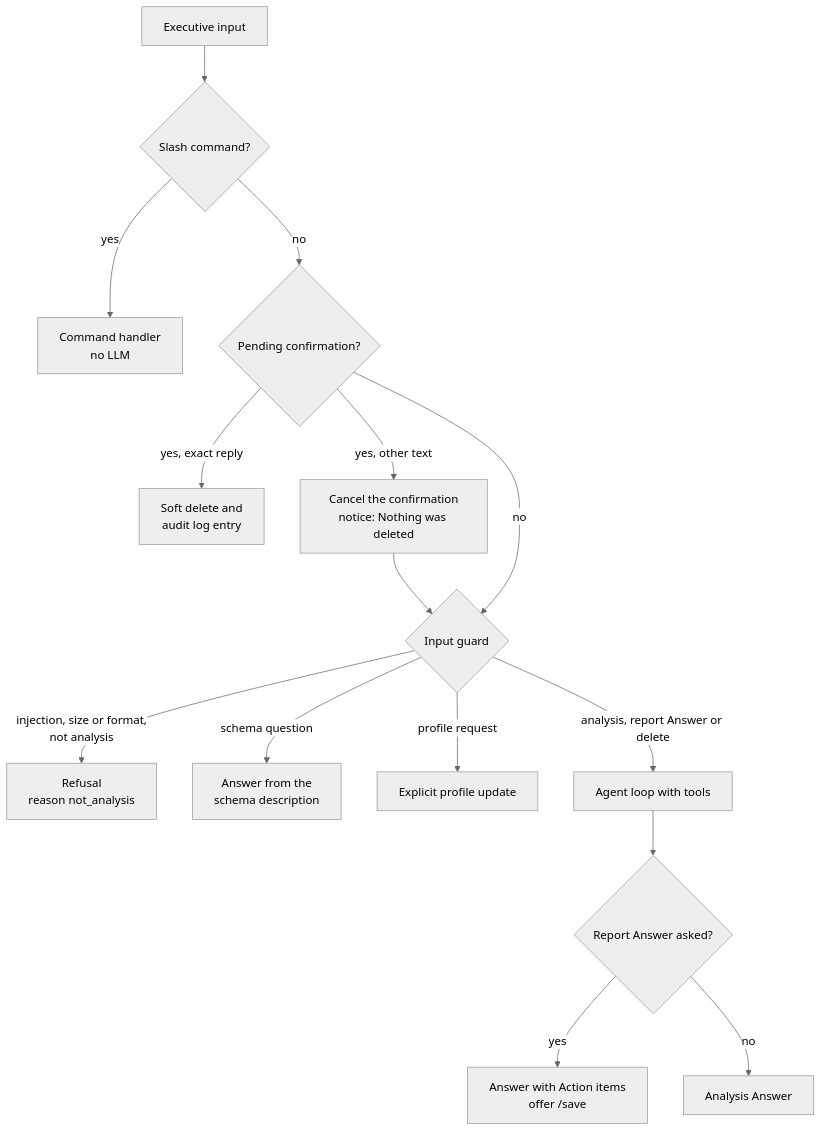
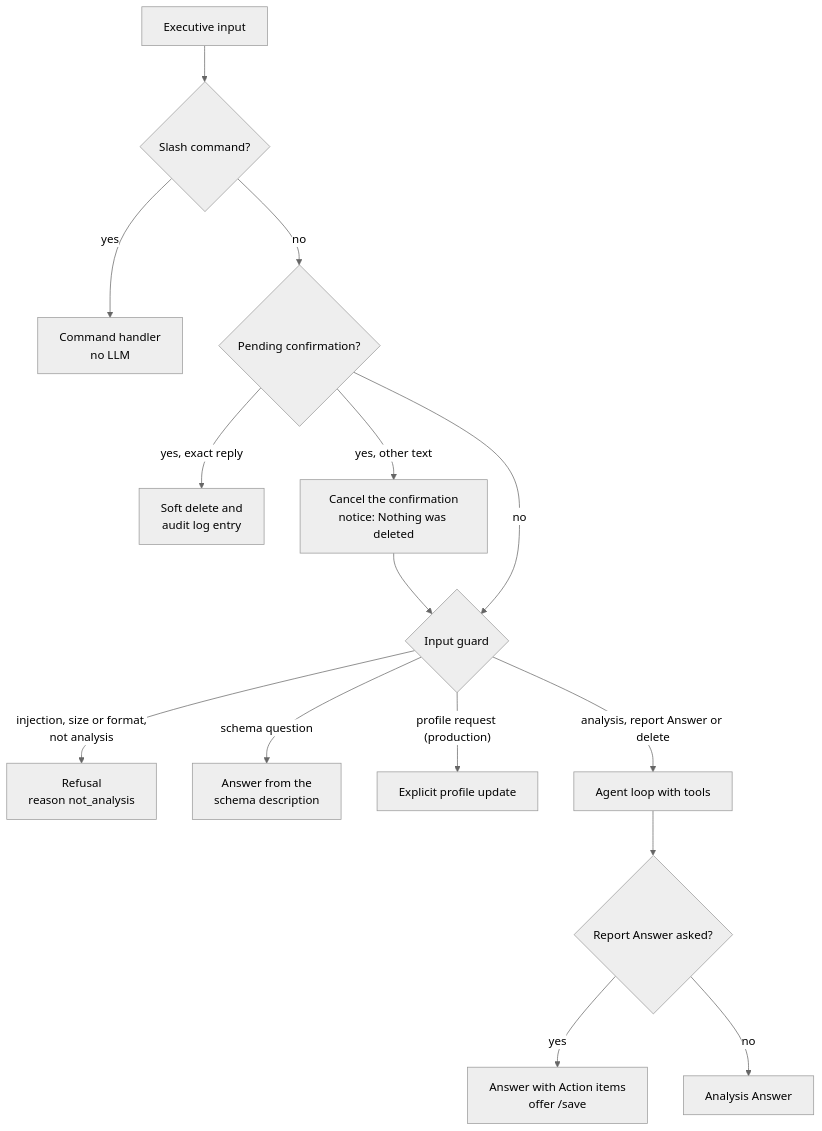
Before and after one commit to modvala/data-chat-assistant: the sixth of 31 diagrams in docs/design/hld.md, drawn with Mermaid (neutral theme). The commit also changed other lines of this file and 23 other files, not shown here.

````diff
--- a/docs/design/hld.md
+++ b/docs/design/hld.md
@@ -467,17 +468,17 @@
 ```mermaid
 flowchart TD
     IN[Executive input] --> SL{"Slash command?"}
     SL -->|yes| CMD["Command handler<br/>no LLM"]
     SL -->|no| P{"Pending confirmation?"}
     P -->|"yes, exact reply"| D["Soft delete and<br/>audit log entry"]
     P -->|"yes, other text"| C["Cancel the confirmation<br/>notice: Nothing was deleted"]
     C --> IG
     P -->|no| IG{Input guard}
     IG -->|"injection, size or format,<br/>not analysis"| R["Refusal<br/>reason not_analysis"]
     IG -->|"schema question"| SC["Answer from the<br/>schema description"]
-    IG -->|"profile request"| PRF["Explicit profile update"]
+    IG -->|"profile request (production)"| PRF["Explicit profile update"]
     IG -->|"analysis, report Answer or delete"| AN["Agent loop with tools"]
     AN --> REP{"Report Answer asked?"}
     REP -->|yes| RP["Answer with Action items<br/>offer /save"]
     REP -->|no| ANS["Analysis Answer"]
 ```
````
